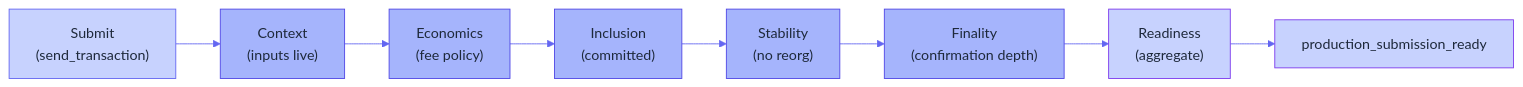
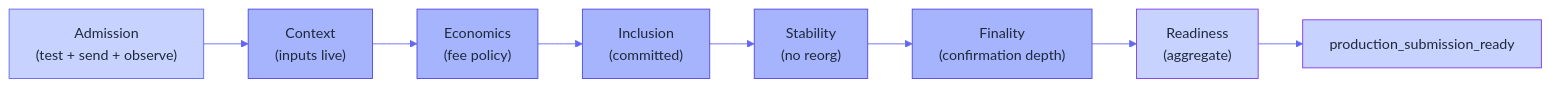
The first of 2 diagrams in docs/interactions/submission-flow.md (Myelin-Labs/Myelin), drawn with Mermaid before and after one commit. The commit also changed other lines of this file and 808 other files, not shown here.

````diff
--- a/docs/interactions/submission-flow.md
+++ b/docs/interactions/submission-flow.md
@@ -24,29 +24,29 @@
 ```mermaid
 %%{init: {
   "theme": "base",
   "themeVariables": {
     "primaryColor": "#A5B4FC",
     "primaryTextColor": "#1E293B",
     "primaryBorderColor": "#4F46E5",
     "lineColor": "#6366F1",
     "secondaryColor": "#C7D2FE",
     "tertiaryColor": "#C7D2FE"
   }
 }}%%
 flowchart LR
-    A["Submit<br/>(send_transaction)"]:::in
+    A["Admission<br/>(test + send + observe)"]:::in
     B["Context<br/>(inputs live)"]:::step
     C["Economics<br/>(fee policy)"]:::step
     D["Inclusion<br/>(committed)"]:::step
     E["Stability<br/>(no reorg)"]:::step
     F["Finality<br/>(confirmation depth)"]:::step
     G["Readiness<br/>(aggregate)"]:::out
 
     A --> B --> C --> D --> E --> F --> G
     G --> H["production_submission_ready"]:::verdict
 
     classDef in      fill:#C7D2FE,stroke:#6366F1,color:#1E293B;
     classDef step    fill:#A5B4FC,stroke:#4F46E5,color:#1E293B;
     classDef out     fill:#C7D2FE,stroke:#7C3AED,color:#1E293B;
     classDef verdict fill:#C7D2FE,stroke:#7C3AED,color:#1E293B;
 ```
````
